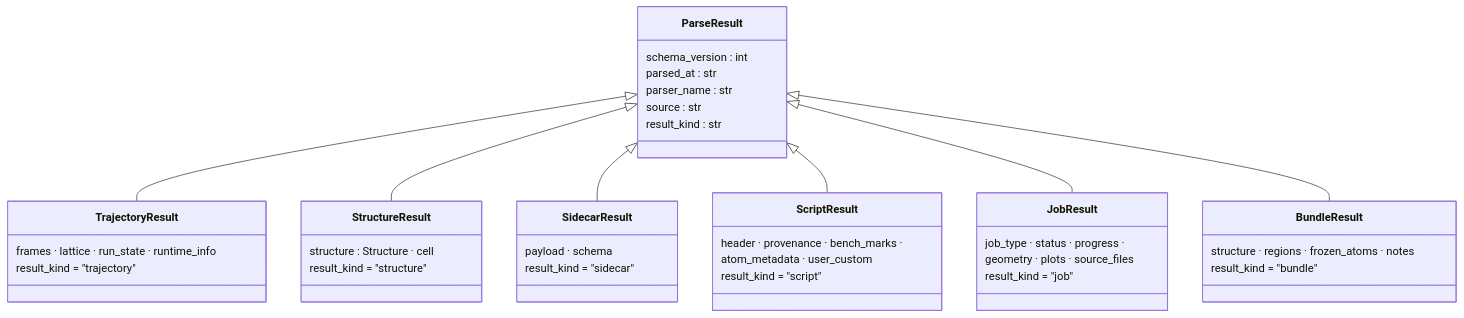
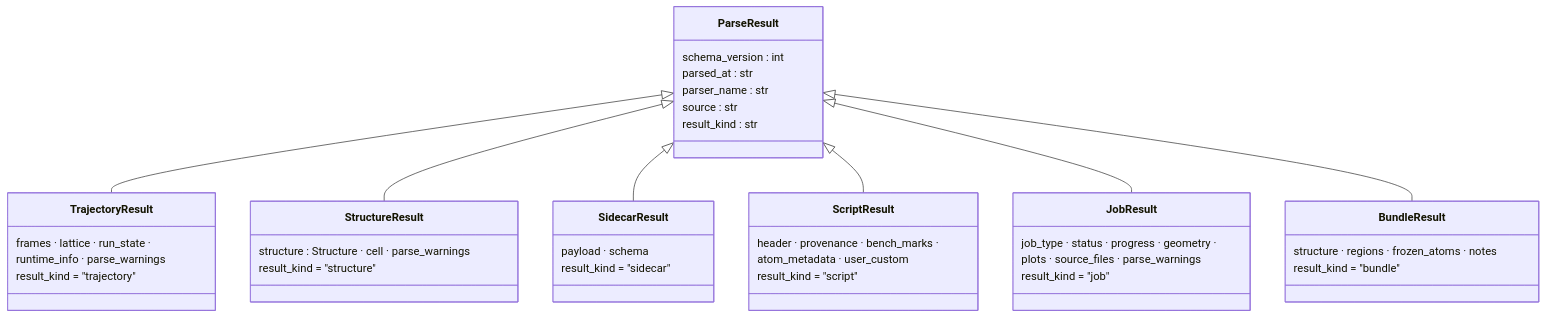
Before and after one commit to Qing-LAB/molbuilder: the first of 2 diagrams in docs/model/parse.md, drawn with Mermaid. The commit also changed other lines of this file, not shown here.

First line of the commit message:
docs(model): make parse.md usable — worked examples + authoring template + audit fixes

````diff
--- a/docs/model/parse.md
+++ b/docs/model/parse.md
@@ -52,42 +52,43 @@
 ```mermaid
 classDiagram
     class ParseResult {
         schema_version : int
         parsed_at : str
         parser_name : str
         source : str
         result_kind : str
     }
     class TrajectoryResult {
-        frames · lattice · run_state · runtime_info
+        frames · lattice · run_state ·
+        runtime_info · parse_warnings
         result_kind = "trajectory"
     }
     class StructureResult {
-        structure : Structure · cell
+        structure : Structure · cell · parse_warnings
         result_kind = "structure"
     }
     class SidecarResult {
         payload · schema
         result_kind = "sidecar"
     }
     class ScriptResult {
         header · provenance · bench_marks ·
         atom_metadata · user_custom
         result_kind = "script"
     }
     class JobResult {
-        job_type · status · progress ·
-        geometry · plots · source_files
+        job_type · status · progress · geometry ·
+        plots · source_files · parse_warnings
         result_kind = "job"
     }
     class BundleResult {
         structure · regions · frozen_atoms · notes
         result_kind = "bundle"
     }
     ParseResult <|-- TrajectoryResult
     ParseResult <|-- StructureResult
     ParseResult <|-- SidecarResult
     ParseResult <|-- ScriptResult
     ParseResult <|-- JobResult
     ParseResult <|-- BundleResult
 ```
````
